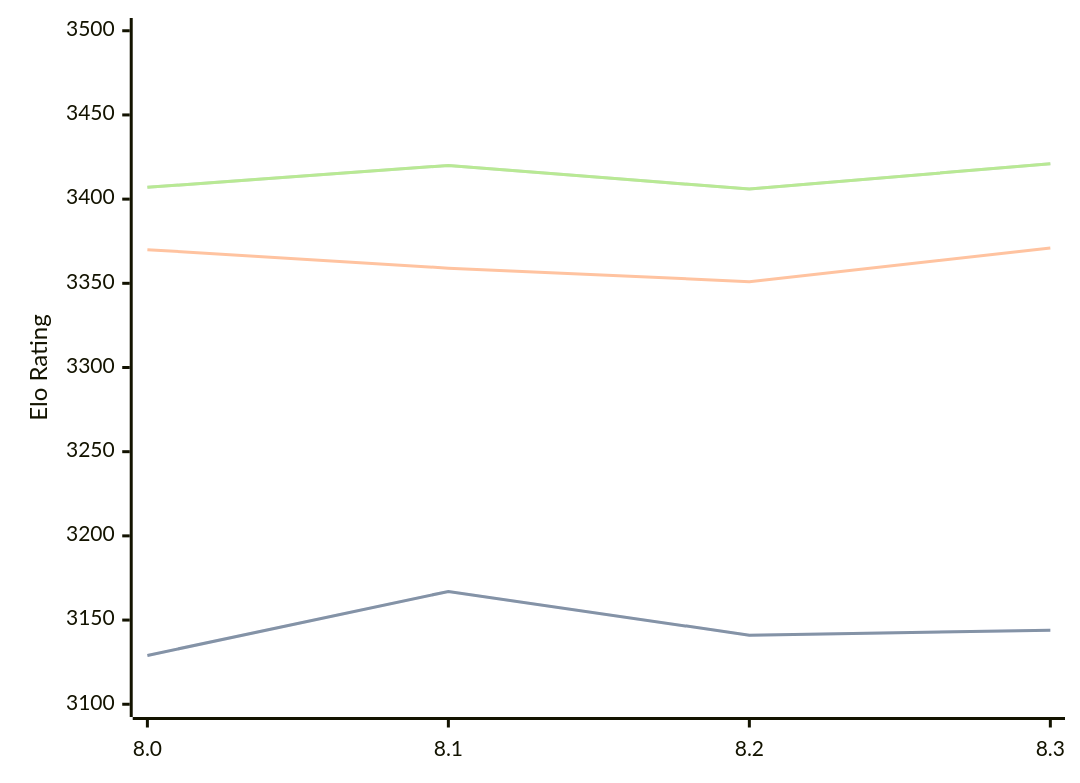
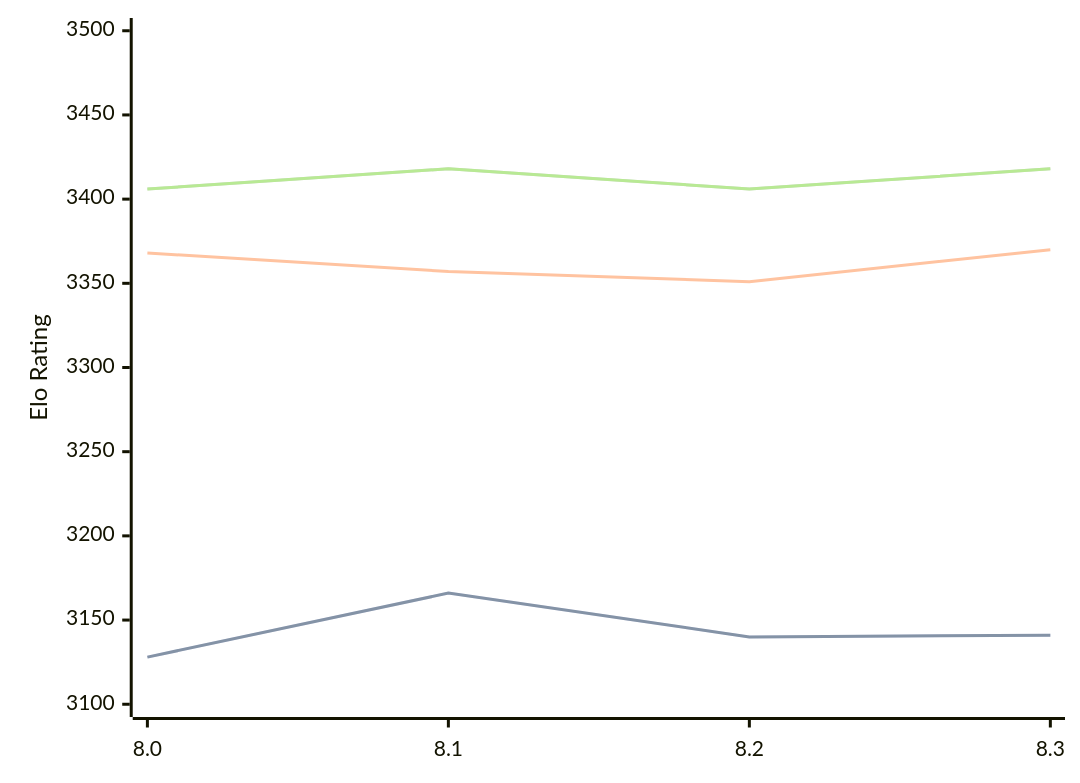
One commit to computer-chess-index/cci changed the diagram in engines/Alexander.md. Above: the diagram before and after it, drawn with Mermaid. The commit also changed other lines of this file, not shown here.

Commit message:
Update CCI Ratings (ELO VLTC) - 2026-08-11

````diff
--- a/engines/Alexander.md
+++ b/engines/Alexander.md
@@ -34,11 +34,11 @@
 ```mermaid
 %%{init: {"theme":"base","themeVariables":{"seriesColors:['#a3a3a3','#222221','#faa371']}}}%%
 xychart-beta
   x-axis ["8.0", "8.1", "8.2", "8.3"]
   y-axis "Elo Rating" 3100 --> 3500
-  line "STC (8.0+0.08s)" [3129, 3167, 3141, 3144]
-  line "STC (8.0+0.08s)" [3129, 3167, 3141, 3144]
-  line "LTC (60.0+0.60s)" [3370, 3359, 3351, 3371]
-  line "VLTC (2m24s+1.12s)" [3407, 3420, 3406, 3421]
-  line "VLTC (2m24s+1.12s)" [3407, 3420, 3406, 3421]
+  line "STC (8.0+0.08s)" [3128, 3166, 3140, 3141]
+  line "STC (8.0+0.08s)" [3128, 3166, 3140, 3141]
+  line "LTC (60.0+0.60s)" [3368, 3357, 3351, 3370]
+  line "VLTC (2m24s+1.12s)" [3406, 3418, 3406, 3418]
+  line "VLTC (2m24s+1.12s)" [3406, 3418, 3406, 3418]
 ```
````
